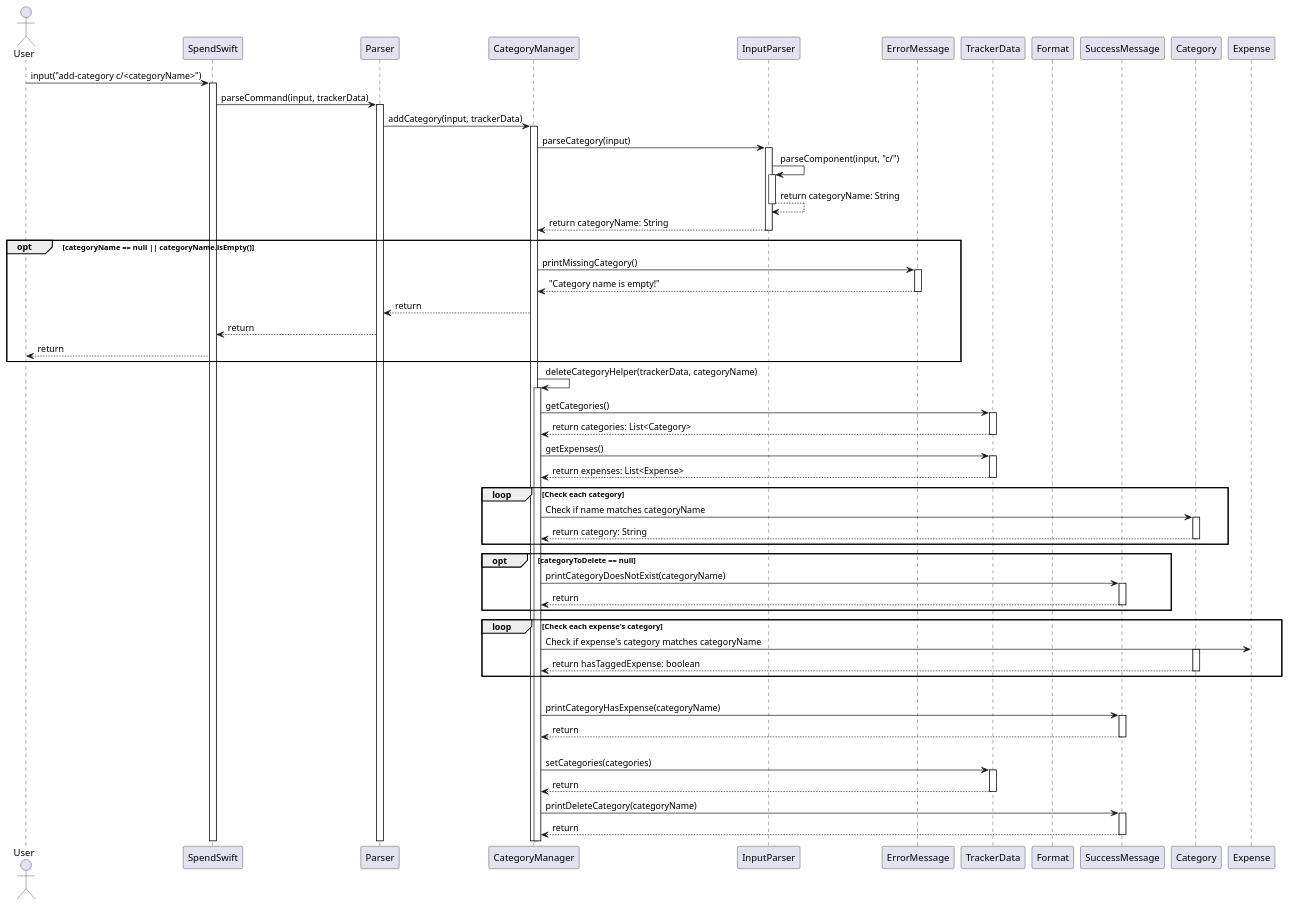
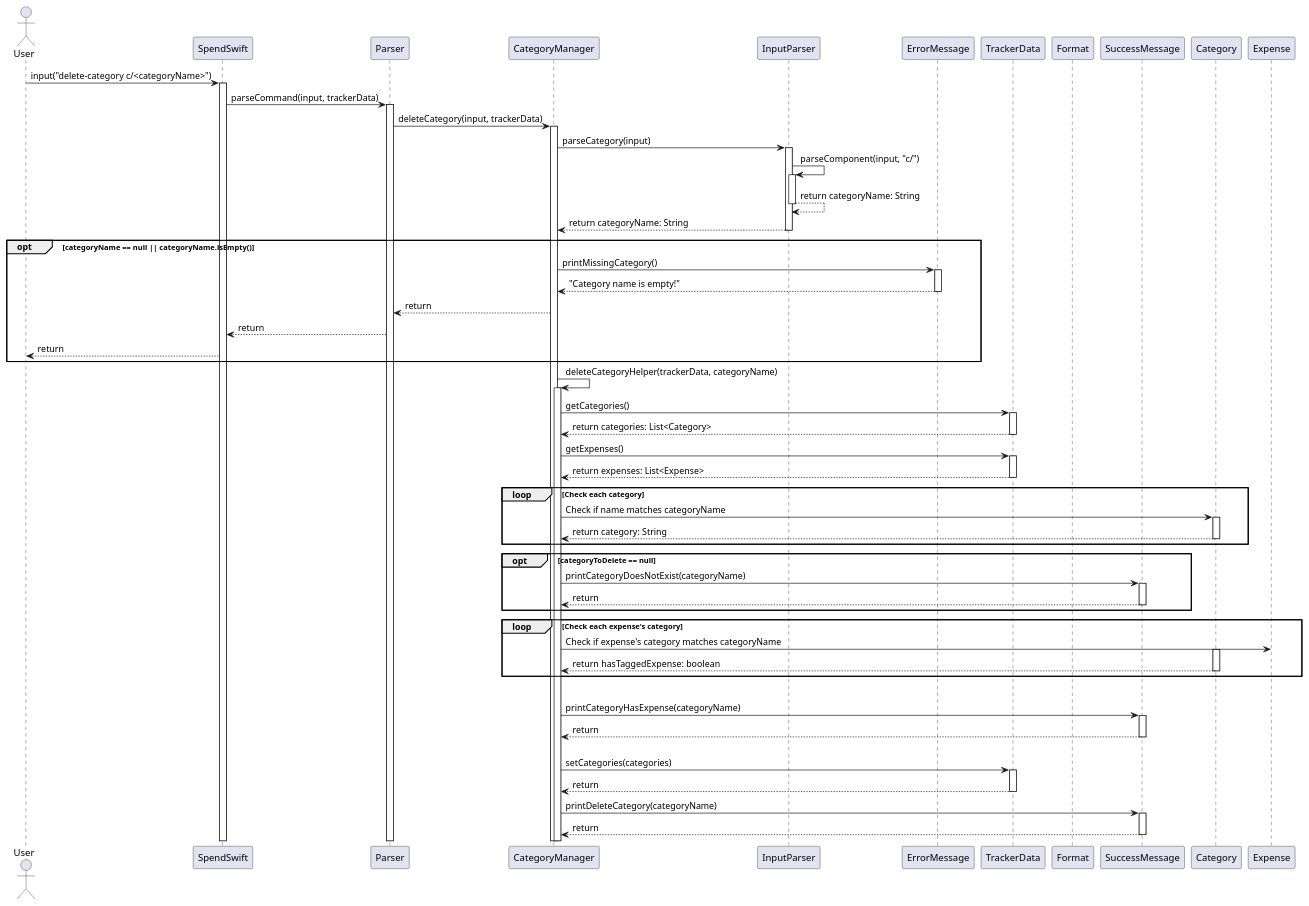
One commit to nus-cs2113-AY2425S1/tp changed the diagram in docs/diagrams/DeleteCategory.puml. Above: the diagram before and after it, drawn with PlantUML. The commit also changed 1 other file, not shown here.

Commit message:
Add implementation for all sequence diagrams

```diff
--- a/docs/diagrams/DeleteCategory.puml
+++ b/docs/diagrams/DeleteCategory.puml
@@ -1,92 +1,92 @@
 @startuml
 
 actor User
 participant SpendSwift
 participant Parser
 participant CategoryManager
 participant InputParser
 participant ErrorMessage
 participant TrackerData
 participant Format
 participant SuccessMessage
 participant Category
 
-User -> SpendSwift : input("add-category c/<categoryName>")
+User -> SpendSwift : input("delete-category c/<categoryName>")
 activate SpendSwift
 SpendSwift -> Parser : parseCommand(input, trackerData)
 
 activate Parser
-Parser -> CategoryManager : addCategory(input, trackerData)
+Parser -> CategoryManager : deleteCategory(input, trackerData)
 
 activate CategoryManager
 CategoryManager -> InputParser : parseCategory(input)
 
 activate InputParser
 InputParser -> InputParser : parseComponent(input, "c/")
 
     activate InputParser
     InputParser --> InputParser : return categoryName: String
     deactivate InputParser
 
 InputParser --> CategoryManager : return categoryName: String
 deactivate InputParser
 
 opt categoryName == null || categoryName.isEmpty()
     CategoryManager -> ErrorMessage : printMissingCategory()
     activate ErrorMessage
     ErrorMessage --> CategoryManager : "Category name is empty!"
     deactivate ErrorMessage
     CategoryManager --> Parser : return
     Parser --> SpendSwift : return
     SpendSwift --> User : return
 end
 
 CategoryManager -> CategoryManager : deleteCategoryHelper(trackerData, categoryName)
 activate CategoryManager
 CategoryManager -> TrackerData : getCategories()
 activate TrackerData
 TrackerData --> CategoryManager : return categories: List<Category>
 deactivate TrackerData
 CategoryManager -> TrackerData : getExpenses()
 activate TrackerData
 TrackerData --> CategoryManager : return expenses: List<Expense>
 deactivate TrackerData
 
 loop Check each category
     CategoryManager -> Category : Check if name matches categoryName
     activate Category
     Category --> CategoryManager : return category: String
     deactivate Category
 end
 
 opt categoryToDelete == null
 CategoryManager -> SuccessMessage : printCategoryDoesNotExist(categoryName)
 activate SuccessMessage
 SuccessMessage --> CategoryManager : return
 deactivate SuccessMessage
 end
 
 loop Check each expense's category
     CategoryManager -> Expense : Check if expense's category matches categoryName
     activate Category
     Category --> CategoryManager : return hasTaggedExpense: boolean
     deactivate Category
 end
 
 alt hasTaggedExpense
 CategoryManager -> SuccessMessage : printCategoryHasExpense(categoryName)
 activate SuccessMessage
 SuccessMessage --> CategoryManager : return
 deactivate SuccessMessage
 
 else !hasTaggedExpense
 CategoryManager -> TrackerData : setCategories(categories)
 activate TrackerData
 TrackerData --> CategoryManager : return
 deactivate TrackerData
 CategoryManager -> SuccessMessage : printDeleteCategory(categoryName)
 activate SuccessMessage
 SuccessMessage --> CategoryManager : return
 deactivate SuccessMessage
 
 @enduml
```
